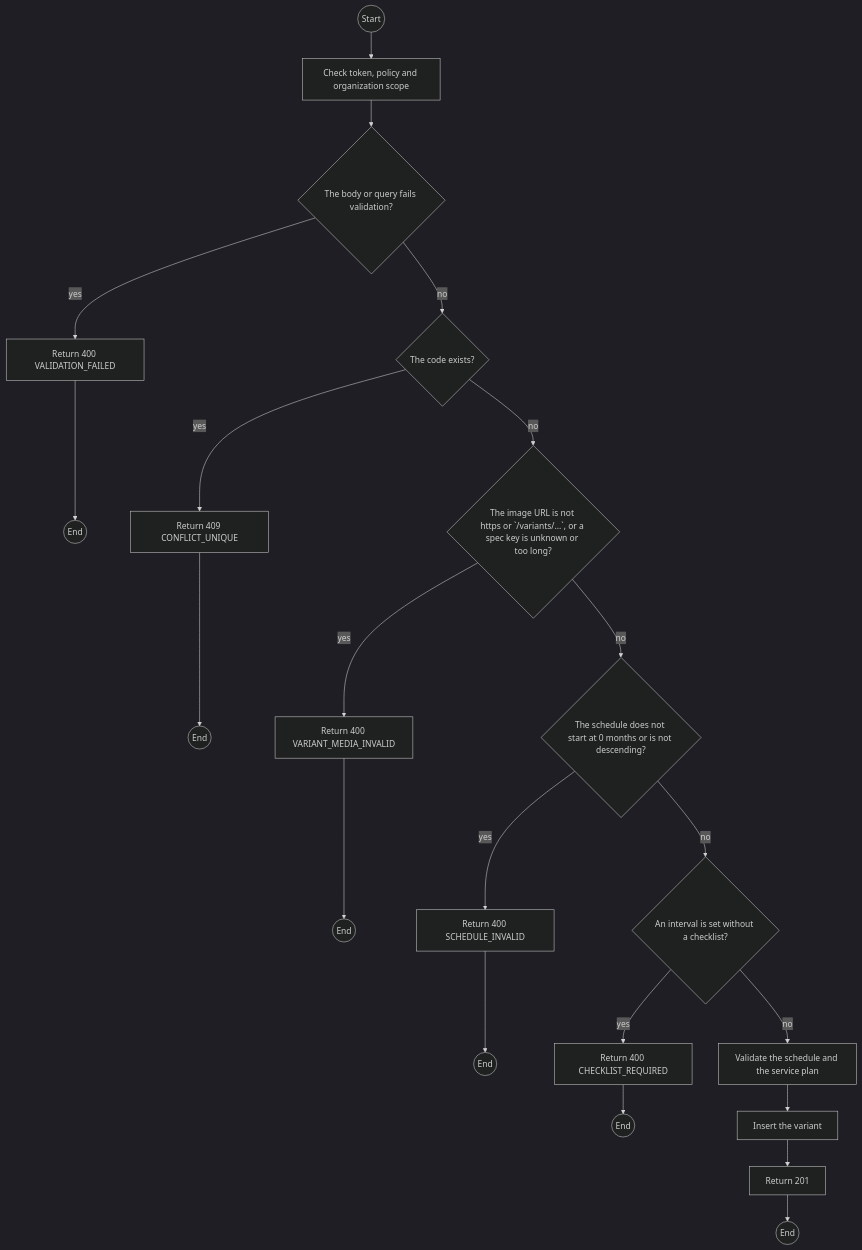
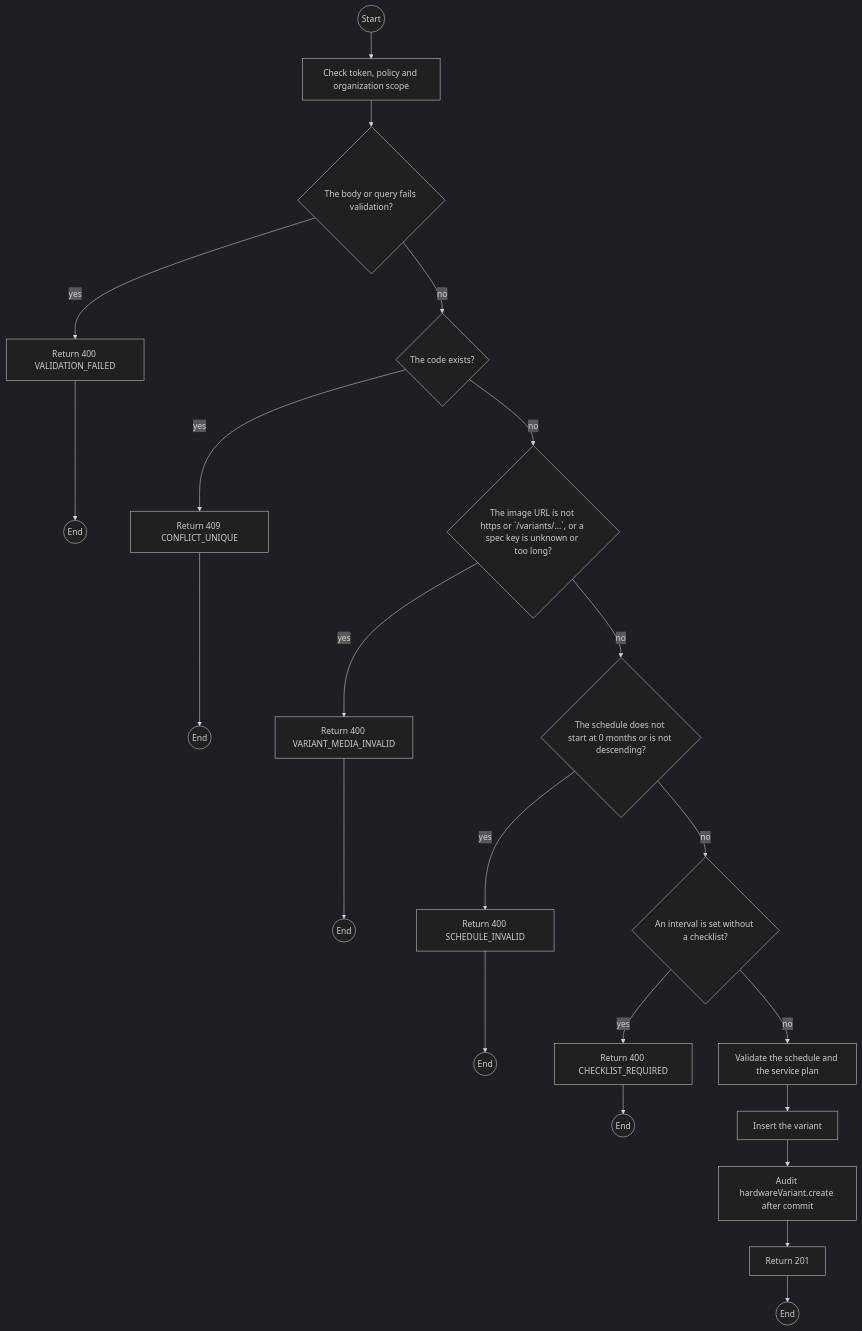
One commit to TrekLink-Team/treklink-web changed the first of 2 diagrams in specs/devices/api-design/02-post-hardware-variants.md. Above: the diagram before and after it, drawn with Mermaid (dark theme). The commit also changed other lines of this file and 9 other files, not shown here.

````diff
--- a/specs/devices/api-design/02-post-hardware-variants.md
+++ b/specs/devices/api-design/02-post-hardware-variants.md
@@ -247,38 +248,40 @@
 ```mermaid
 flowchart TB
     S((Start))
     A0["Check token, policy and organization scope"]
     S --> A0
     D1{"The body or query fails validation?"}
     A0 --> D1
     E1["Return 400 VALIDATION_FAILED"]
     D1 -->|yes| E1
     E1 --> X1((End))
     D2{"The code exists?"}
     D1 -->|no| D2
     E2["Return 409 CONFLICT_UNIQUE"]
     D2 -->|yes| E2
     E2 --> X2((End))
     D3{"The image URL is not https or `/variants/...`, or a spec key is unknown or too long?"}
     D2 -->|no| D3
     E3["Return 400 VARIANT_MEDIA_INVALID"]
     D3 -->|yes| E3
     E3 --> X3((End))
     D4{"The schedule does not start at 0 months or is not descending?"}
     D3 -->|no| D4
     E4["Return 400 SCHEDULE_INVALID"]
     D4 -->|yes| E4
     E4 --> X4((End))
     D5{"An interval is set without a checklist?"}
     D4 -->|no| D5
     E5["Return 400 CHECKLIST_REQUIRED"]
     D5 -->|yes| E5
     E5 --> X5((End))
     P0["Validate the schedule and the service plan"]
     D5 -->|no| P0
     P1["Insert the variant"]
     P0 --> P1
+    P2["Audit hardwareVariant.create after commit"]
+    P1 --> P2
     OK["Return 201"]
-    P1 --> OK
+    P2 --> OK
     OK --> Z((End))
 ```
````
